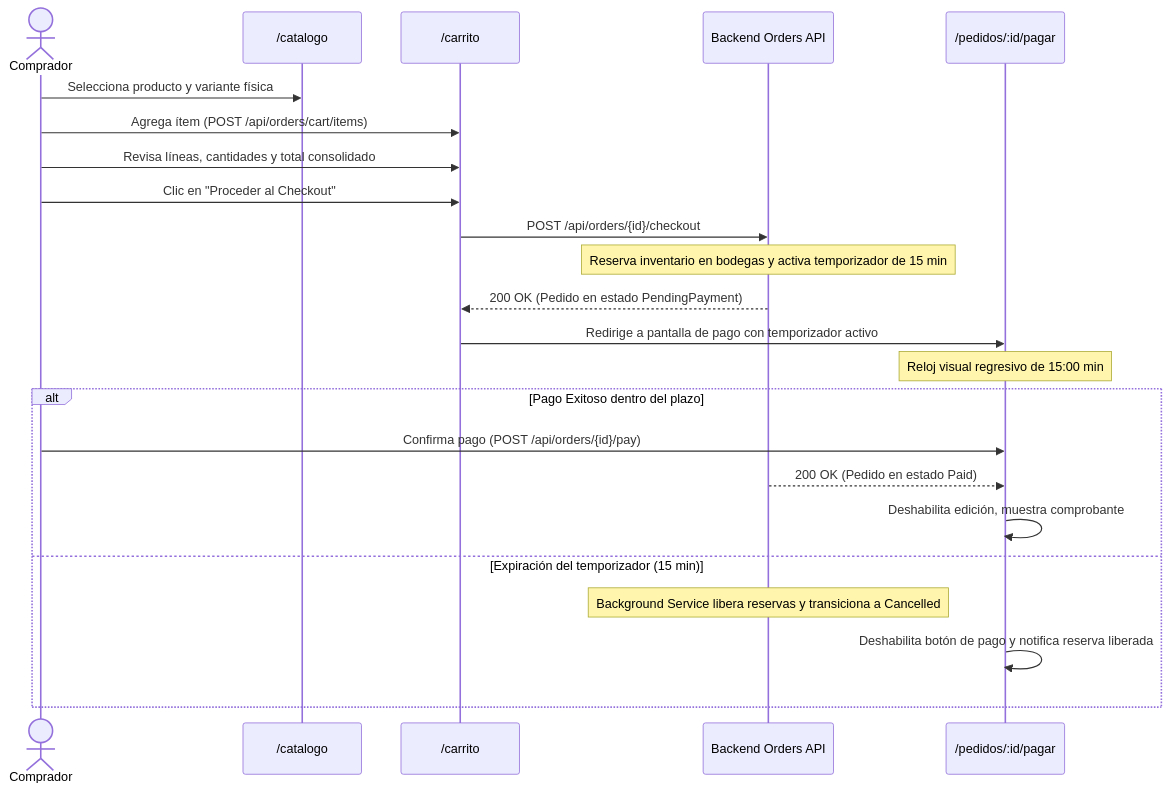
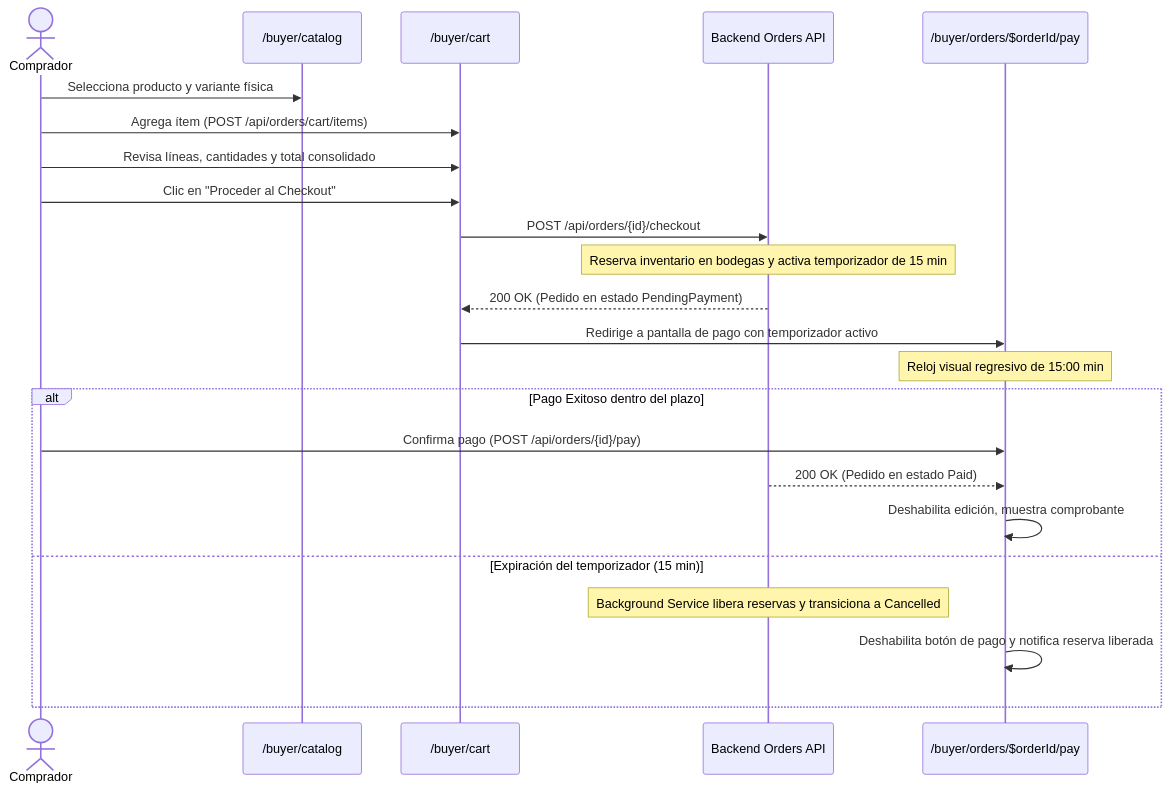
The second of 4 diagrams in frontendSDD/Frontend-User-Flows.md (D-MachadoDev/Zentric), drawn with Mermaid before and after one commit. The commit also changed other lines of this file and 12 other files, not shown here.

````diff
--- a/frontendSDD/Frontend-User-Flows.md
+++ b/frontendSDD/Frontend-User-Flows.md
@@ -62,26 +62,26 @@
 ```mermaid
 sequenceDiagram
     actor Comprador
-    participant Catalogo as /catalogo
-    participant Carrito as /carrito
+    participant Catalogo as /buyer/catalog
+    participant Carrito as /buyer/cart
     participant API as Backend Orders API
-    participant Pago as /pedidos/:id/pagar
+    participant Pago as /buyer/orders/$orderId/pay
 
     Comprador->>Catalogo: Selecciona producto y variante física
     Comprador->>Carrito: Agrega ítem (POST /api/orders/cart/items)
     Comprador->>Carrito: Revisa líneas, cantidades y total consolidado
     Comprador->>Carrito: Clic en "Proceder al Checkout"
     Carrito->>API: POST /api/orders/{id}/checkout
     Note over API: Reserva inventario en bodegas y activa temporizador de 15 min
     API-->>Carrito: 200 OK (Pedido en estado PendingPayment)
     Carrito->>Pago: Redirige a pantalla de pago con temporizador activo
     Note over Pago: Reloj visual regresivo de 15:00 min
     alt Pago Exitoso dentro del plazo
         Comprador->>Pago: Confirma pago (POST /api/orders/{id}/pay)
         API-->>Pago: 200 OK (Pedido en estado Paid)
         Pago->>Pago: Deshabilita edición, muestra comprobante
     else Expiración del temporizador (15 min)
         Note over API: Background Service libera reservas y transiciona a Cancelled
         Pago->>Pago: Deshabilita botón de pago y notifica reserva liberada
     end
 ```
````
